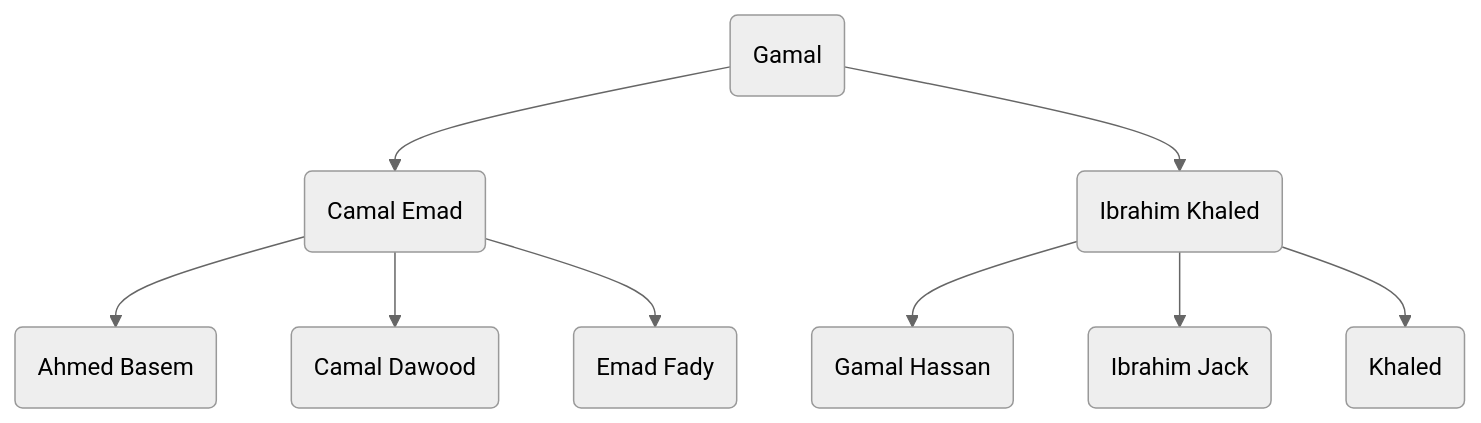
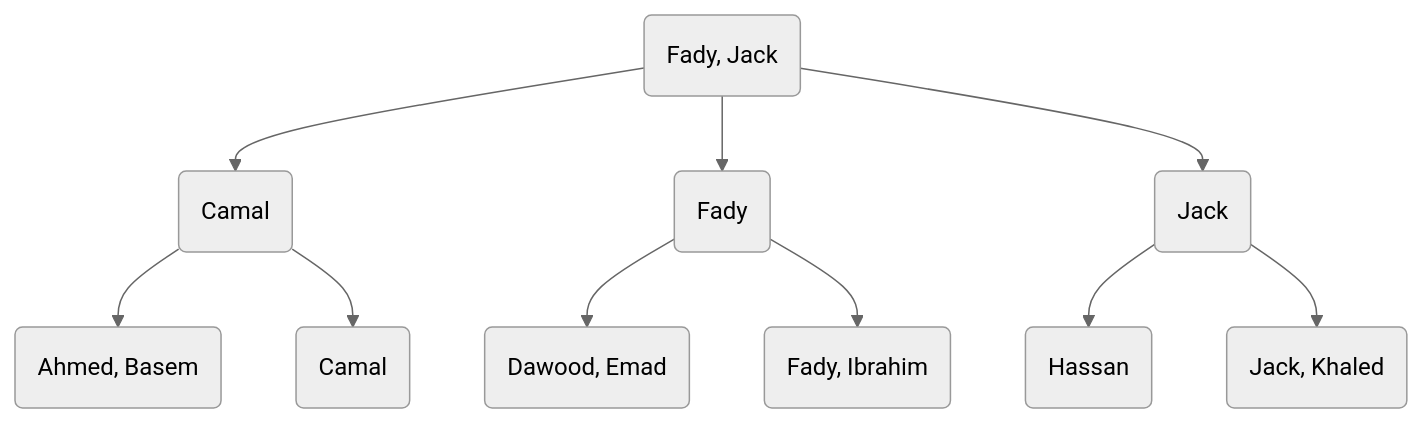
Before and after one commit to ahmedash95/kvdb: the diagram in tree.mermaid, drawn with Mermaid (neutral theme). The commit also changed 5 other files, not shown here.

```diff
--- a/tree.mermaid
+++ b/tree.mermaid
@@ -1,18 +1,20 @@
 graph TD;
-Tree(Gamal )
-Tree_Camal(Camal Emad )
+Tree(Fady, Jack)
+Tree_Camal(Camal)
 Tree --> Tree_Camal
-Tree_Camal_Ahmed(Ahmed Basem )
+Tree_Camal_Ahmed(Ahmed, Basem)
 Tree_Camal --> Tree_Camal_Ahmed
-Tree_Camal_Camal(Camal Dawood )
+Tree_Camal_Camal(Camal)
 Tree_Camal --> Tree_Camal_Camal
-Tree_Camal_Emad(Emad Fady )
-Tree_Camal --> Tree_Camal_Emad
-Tree_Ibrahim(Ibrahim Khaled )
-Tree --> Tree_Ibrahim
-Tree_Ibrahim_Gamal(Gamal Hassan )
-Tree_Ibrahim --> Tree_Ibrahim_Gamal
-Tree_Ibrahim_Ibrahim(Ibrahim Jack )
-Tree_Ibrahim --> Tree_Ibrahim_Ibrahim
-Tree_Ibrahim_Khaled(Khaled )
-Tree_Ibrahim --> Tree_Ibrahim_Khaled
+Tree_Fady(Fady)
+Tree --> Tree_Fady
+Tree_Fady_Dawood(Dawood, Emad)
+Tree_Fady --> Tree_Fady_Dawood
+Tree_Fady_Fady(Fady, Ibrahim)
+Tree_Fady --> Tree_Fady_Fady
+Tree_Jack(Jack)
+Tree --> Tree_Jack
+Tree_Jack_Hassan(Hassan)
+Tree_Jack --> Tree_Jack_Hassan
+Tree_Jack_Jack(Jack, Khaled)
+Tree_Jack --> Tree_Jack_Jack
```
